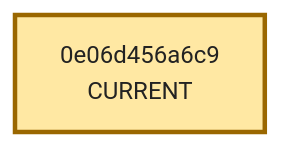
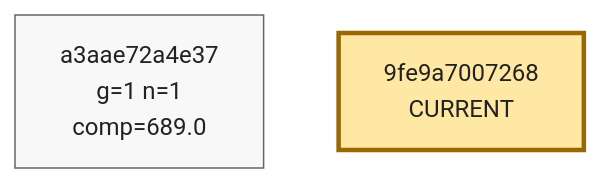
One commit to azumag/soviet_now changed the tenth of 10 diagrams in phyrogenetic-tree.md. Above: the diagram before and after it, drawn with Mermaid (forest theme). The commit also changed other lines of this file and 2 other files, not shown here.

````diff
--- a/phyrogenetic-tree.md
+++ b/phyrogenetic-tree.md
@@ -2534,12 +2537,14 @@
 ```mermaid
 flowchart TD
-    h_0e06d456a6c9["0e06d456a6c9<br/>CURRENT"]
+    h_a3aae72a4e37["a3aae72a4e37<br/>g=1 n=1<br/>comp=689.0"]
+    h_9fe9a7007268["9fe9a7007268<br/>CURRENT"]
 
 
     classDef plain fill:#f8f8f8,stroke:#666,stroke-width:1px,color:#222;
     classDef current fill:#ffe8a3,stroke:#9a6700,stroke-width:3px,color:#222;
     classDef anchor fill:#d7f5dd,stroke:#1f6f43,stroke-width:3px,color:#222;
     classDef current_anchor fill:#f3e4a8,stroke:#1f6f43,stroke-width:4px,color:#222;
 
-    class h_0e06d456a6c9 current;
+    class h_a3aae72a4e37 plain;
+    class h_9fe9a7007268 current;
 ```
````
